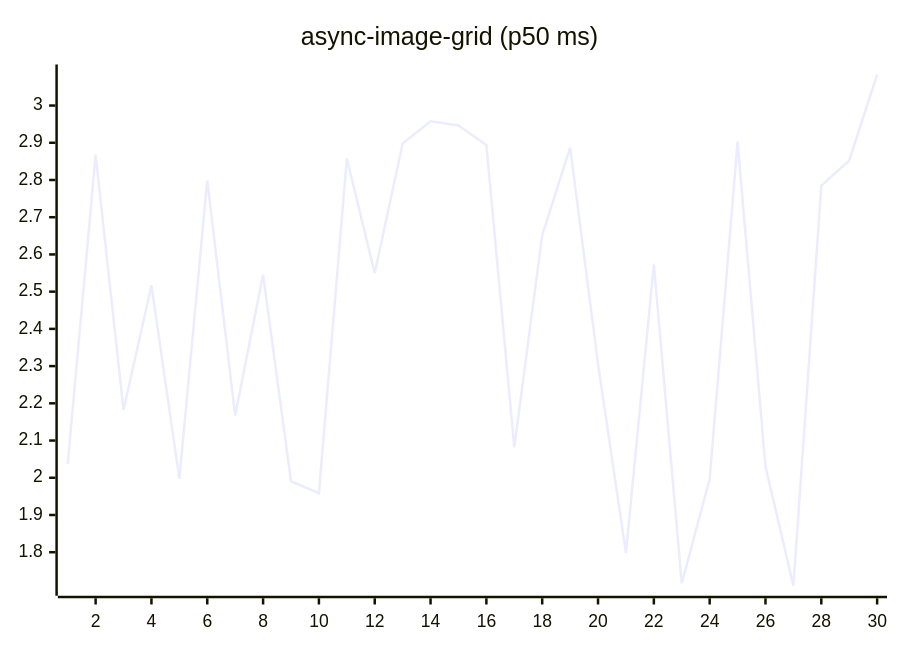
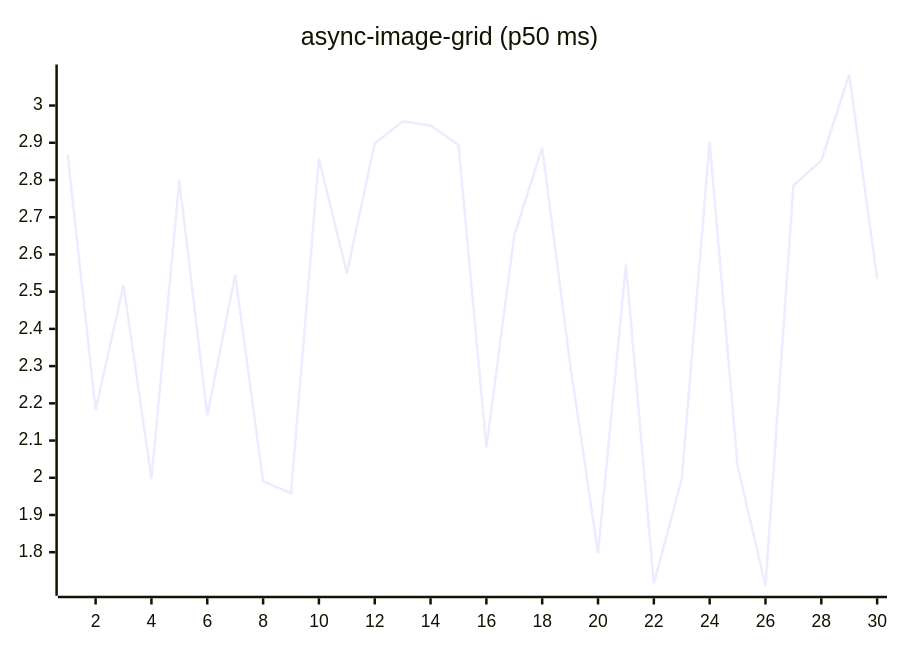
Before and after one commit to josha/Facet: the fifth of 27 diagrams in README.md, drawn with Mermaid. The commit also changed other lines of this file and 2 other files, not shown here.

````diff
--- a/README.md
+++ b/README.md
@@ -91,6 +91,6 @@
 ```mermaid
 xychart-beta
     title "async-image-grid (p50 ms)"
     x-axis 1 --> 30
-    line [2.0365, 2.8674, 2.1819, 2.5171, 1.9970, 2.7988, 2.1671, 2.5459, 1.9906, 1.9586, 2.8577, 2.5497, 2.8980, 2.9576, 2.9463, 2.8940, 2.0815, 2.6515, 2.8871, 2.3060, 1.7979, 2.5726, 1.7163, 1.9964, 2.9032, 2.0307, 1.7099, 2.7848, 2.8523, 3.0834]
+    line [2.8674, 2.1819, 2.5171, 1.9970, 2.7988, 2.1671, 2.5459, 1.9906, 1.9586, 2.8577, 2.5497, 2.8980, 2.9576, 2.9463, 2.8940, 2.0815, 2.6515, 2.8871, 2.3060, 1.7979, 2.5726, 1.7163, 1.9964, 2.9032, 2.0307, 1.7099, 2.7848, 2.8523, 3.0834, 2.5349]
 ```
````
